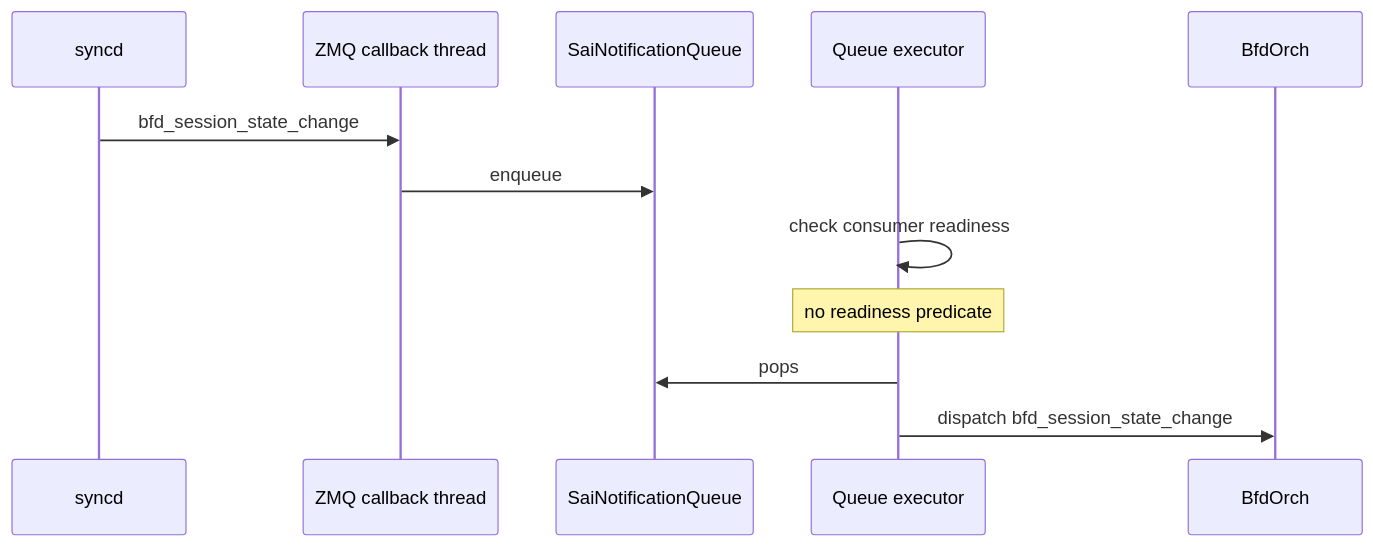
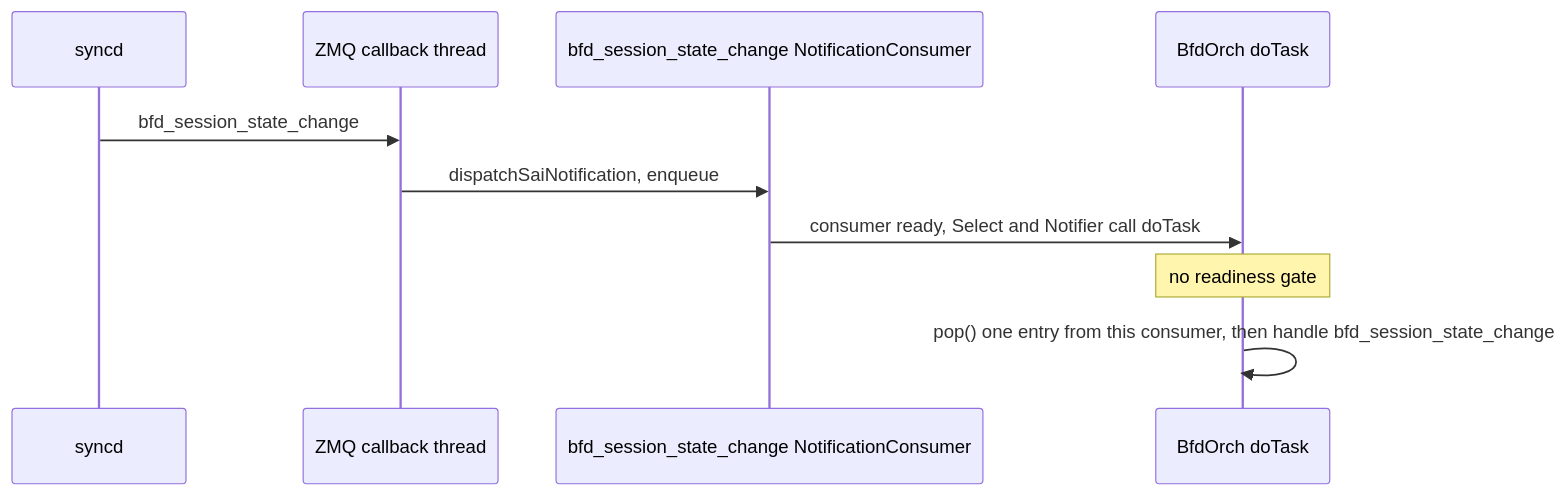
One commit to sonic-net/sonic-buildimage changed the tenth of 10 diagrams in hld/zmq-southbound-sai-notification-handling.md. Above: the diagram before and after it, drawn with Mermaid. The commit also changed other lines of this file, not shown here.

First line of the commit message:
Update Option 3 HLD to use in-process NotificationConsumer

````diff
--- a/hld/zmq-southbound-sai-notification-handling.md
+++ b/hld/zmq-southbound-sai-notification-handling.md
@@ -1152,15 +797,13 @@
 ```mermaid
 sequenceDiagram
     participant syncd
     participant Callback as ZMQ callback thread
-    participant Queue as SaiNotificationQueue
-    participant Executor as Queue executor
-    participant BfdOrch
+    participant Consumer as bfd_session_state_change NotificationConsumer
+    participant BfdOrch as BfdOrch doTask
 
     syncd->>Callback: bfd_session_state_change
-    Callback->>Queue: enqueue
-    Executor->>Executor: check consumer readiness
-    Note over Executor: no readiness predicate
-    Executor->>Queue: pops
-    Executor->>BfdOrch: dispatch bfd_session_state_change
+    Callback->>Consumer: dispatchSaiNotification, enqueue
+    Consumer->>BfdOrch: consumer ready, Select and Notifier call doTask
+    Note over BfdOrch: no readiness gate
+    BfdOrch->>BfdOrch: pop() one entry from this consumer, then handle bfd_session_state_change
 ```
````
